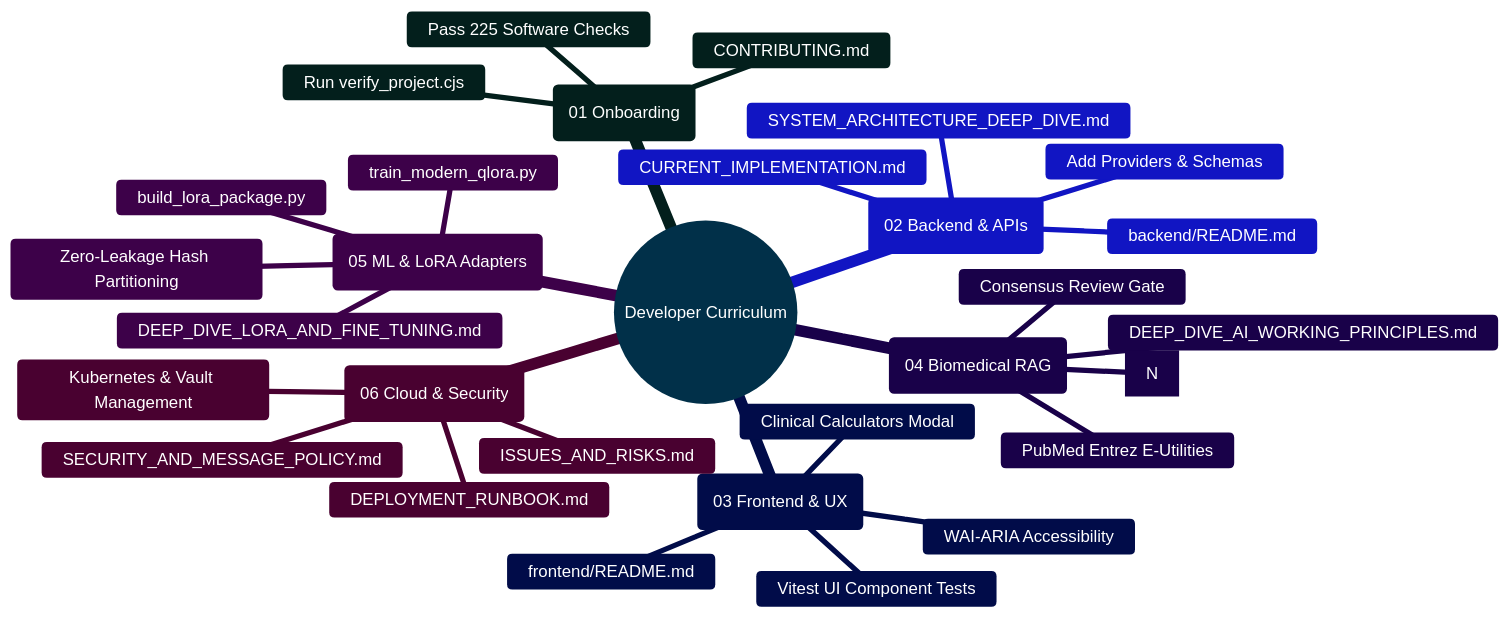
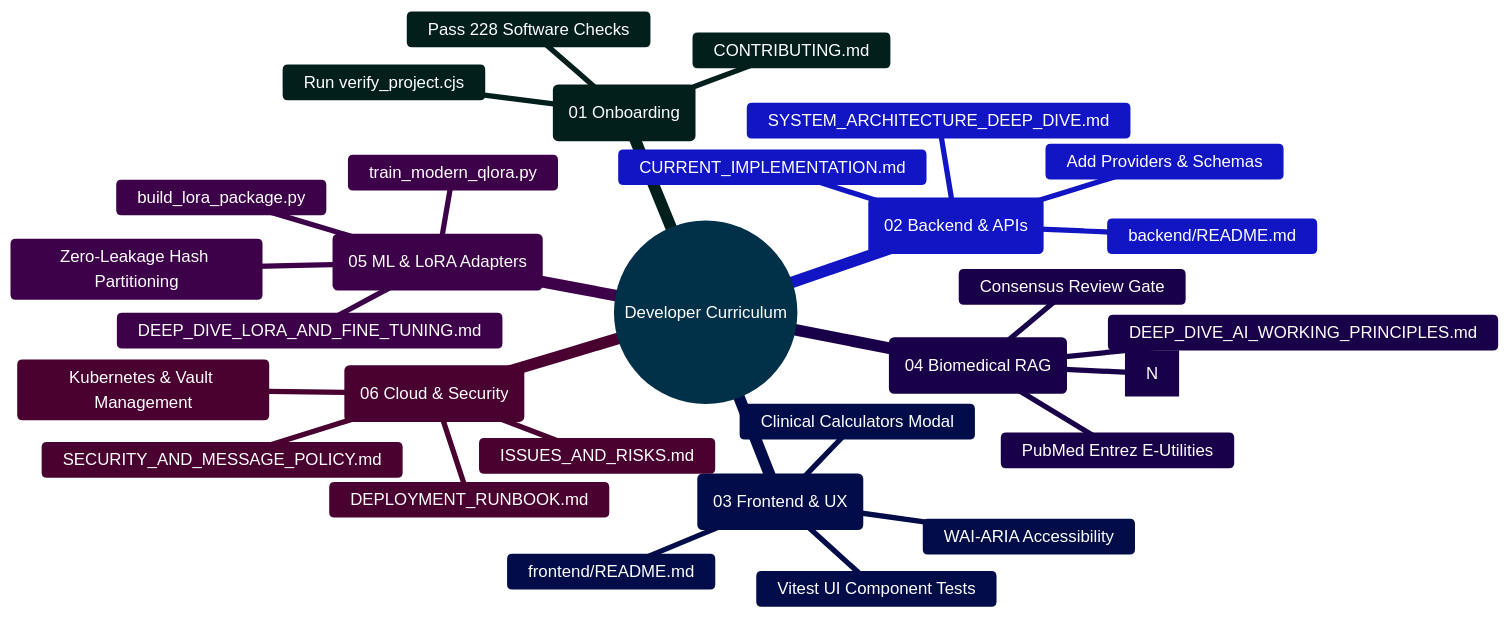
Before and after one commit to Ganesh172919/React-App-LLM: the second of 2 diagrams in docs/README.md, drawn with Mermaid. The commit also changed other lines of this file and 32 other files, not shown here.

````diff
--- a/docs/README.md
+++ b/docs/README.md
@@ -284,35 +284,35 @@
 ```mermaid
 %%{init: {'theme': 'base', 'themeVariables': { 'primaryColor': '#0284c7', 'primaryTextColor': '#ffffff', 'primaryBorderColor': '#0369a1', 'lineColor': '#0284c7', 'secondaryColor': '#0d9488', 'tertiaryColor': '#6366f1' }}}%%
 mindmap
   root((Developer Curriculum))
     ::icon(fa fa-graduation-cap)
     (01 Onboarding)
       CONTRIBUTING.md
       Run verify_project.cjs
-      Pass 225 Software Checks
+      Pass 228 Software Checks
     (02 Backend & APIs)
       CURRENT_IMPLEMENTATION.md
       SYSTEM_ARCHITECTURE_DEEP_DIVE.md
       backend/README.md
       Add Providers & Schemas
     (03 Frontend & UX)
       frontend/README.md
       WAI-ARIA Accessibility
       Clinical Calculators Modal
       Vitest UI Component Tests
     (04 Biomedical RAG)
       DEEP_DIVE_AI_WORKING_PRINCIPLES.md
       PubMed Entrez E-Utilities
       Citation Verifier [N]
       Consensus Review Gate
     (05 ML & LoRA Adapters)
       DEEP_DIVE_LORA_AND_FINE_TUNING.md
       Zero-Leakage Hash Partitioning
       build_lora_package.py
       train_modern_qlora.py
     (06 Cloud & Security)
       DEPLOYMENT_RUNBOOK.md
       SECURITY_AND_MESSAGE_POLICY.md
       ISSUES_AND_RISKS.md
       Kubernetes & Vault Management
 ```
````
